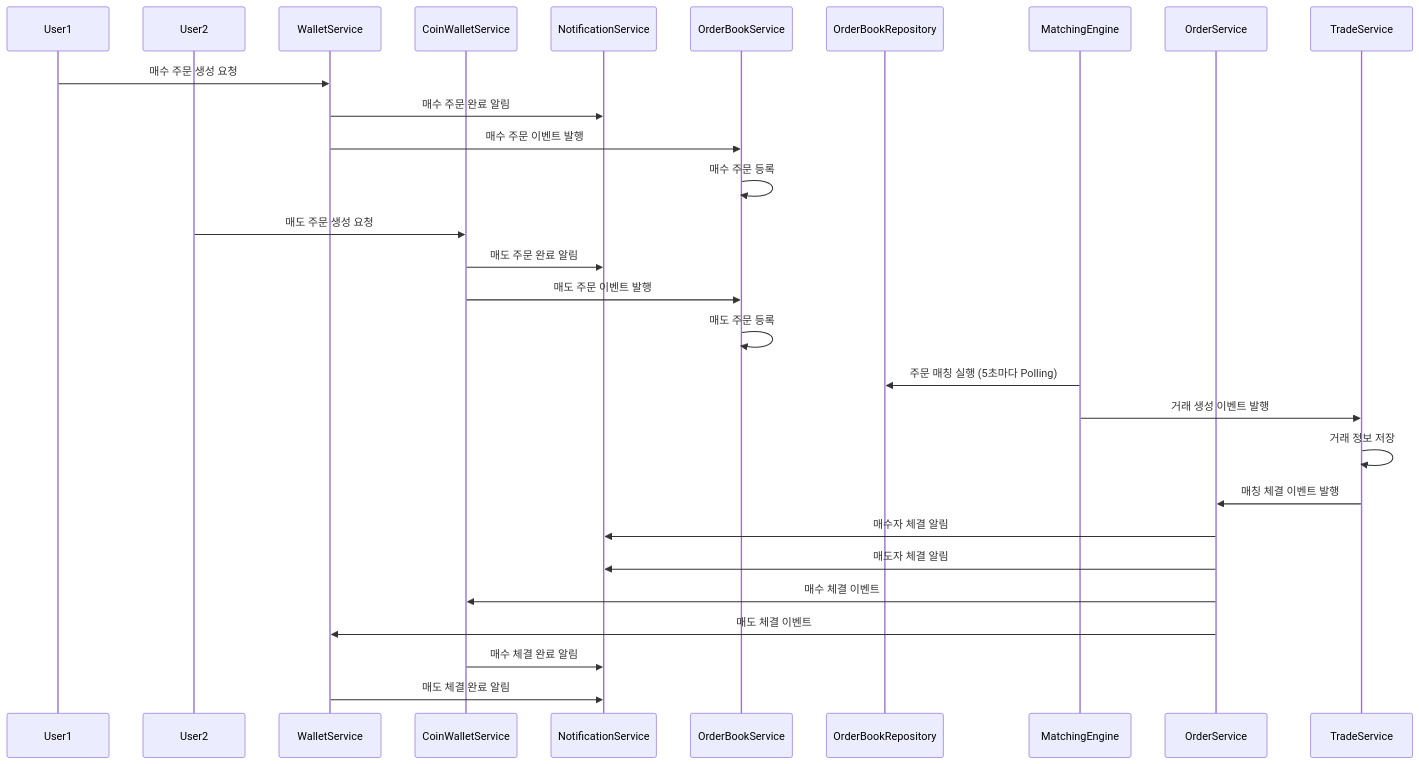
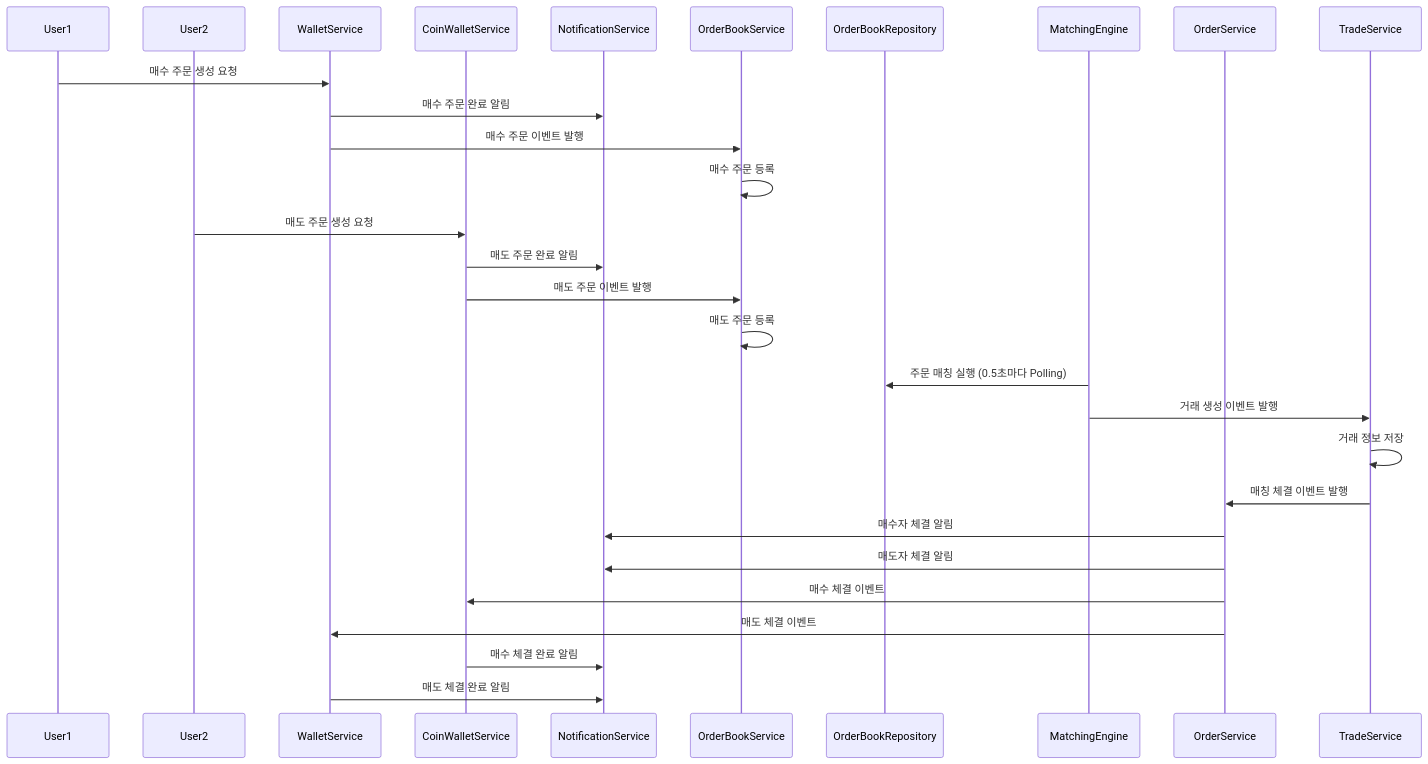
One commit to dudxor4587/coin-exchange changed the first of 2 diagrams in docs/보상 트랜잭션(feat. SAGA 패턴).md. Above: the diagram before and after it, drawn with Mermaid. The commit also changed other lines of this file and 7 other files, not shown here.

````diff
--- a/docs/보상 트랜잭션(feat. SAGA 패턴).md
+++ b/docs/보상 트랜잭션(feat. SAGA 패턴).md
@@ -2,43 +2,43 @@
 ```mermaid
 sequenceDiagram
     participant User1
     participant User2
     participant WalletService
     participant CoinWalletService
     participant NotificationService
     participant OrderBookService
     participant OrderBookRepository
     participant MatchingEngine
     participant OrderService
     participant TradeService
     
     %% 매수 주문 흐름
     User1->>WalletService: 매수 주문 생성 요청
     WalletService->>NotificationService: 매수 주문 완료 알림
     WalletService->>OrderBookService: 매수 주문 이벤트 발행
     OrderBookService->>OrderBookService: 매수 주문 등록
     
     %% 매도 주문 흐름
     User2->>CoinWalletService: 매도 주문 생성 요청
     CoinWalletService->>NotificationService: 매도 주문 완료 알림
     CoinWalletService->>OrderBookService: 매도 주문 이벤트 발행
     OrderBookService->>OrderBookService: 매도 주문 등록
     
     %% 주문 매칭
-    MatchingEngine->>OrderBookRepository: 주문 매칭 실행 (5초마다 Polling)
+    MatchingEngine->>OrderBookRepository: 주문 매칭 실행 (0.5초마다 Polling)
     MatchingEngine->>TradeService: 거래 생성 이벤트 발행
     TradeService->>TradeService: 거래 정보 저장
     
     %% 매칭 결과 처리
     TradeService->>OrderService: 매칭 체결 이벤트 발행
     
     %% 체결 후 처리
     OrderService->>NotificationService: 매수자 체결 알림
     OrderService->>NotificationService: 매도자 체결 알림
     OrderService->>CoinWalletService: 매수 체결 이벤트
     OrderService->>WalletService: 매도 체결 이벤트
     
     %% 체결 완료 처리
     CoinWalletService->>NotificationService: 매수 체결 완료 알림
     WalletService->>NotificationService: 매도 체결 완료 알림
 ```
````
